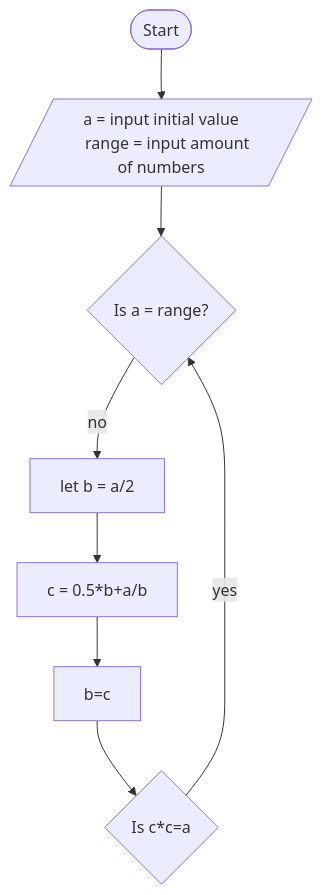
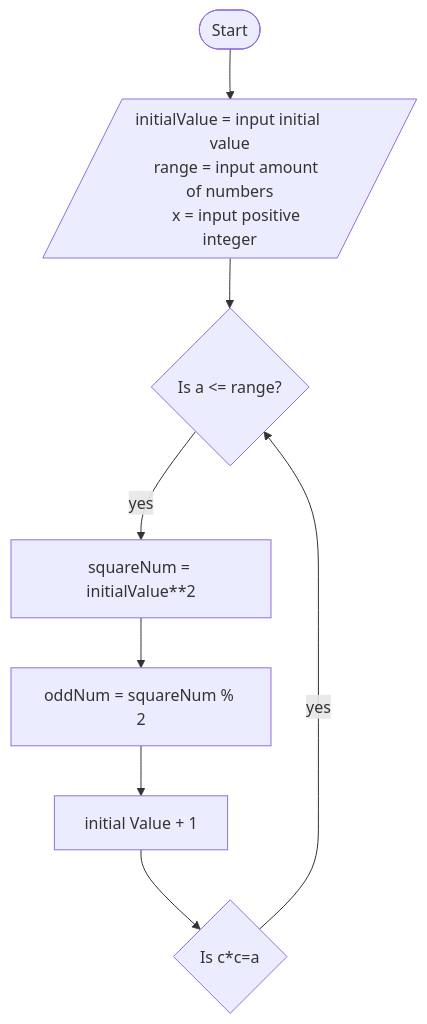
Before and after one commit to mmmtl/flowchartsComp1236: the diagram in README.md, drawn with Mermaid. The commit also changed other lines of this file, not shown here.

````diff
--- a/README.md
+++ b/README.md
@@ -2,13 +2,14 @@
 ```mermaid
 flowchart TB
     A([Start])
-    A-->B[/a = input initial value
-    range = input amount of numbers/]
-    B-->D{Is a = range?}
-    D-- no -->E[let b = a/2]
-    E-->F[c = 0.5*b+a/b]
-    F-->G[b=c]
+    A-->B[/initialValue = input initial value
+    range = input amount of numbers
+    x = input positive integer/]
+    B-->D{Is a <= range?}
+    D-- yes -->E[squareNum = initialValue**2]
+    E-->F[oddNum = squareNum % 2]
+    F-->G[initial Value + 1]
     G-->H{Is c*c=a}
     H--yes-->D
 
 ```
````
